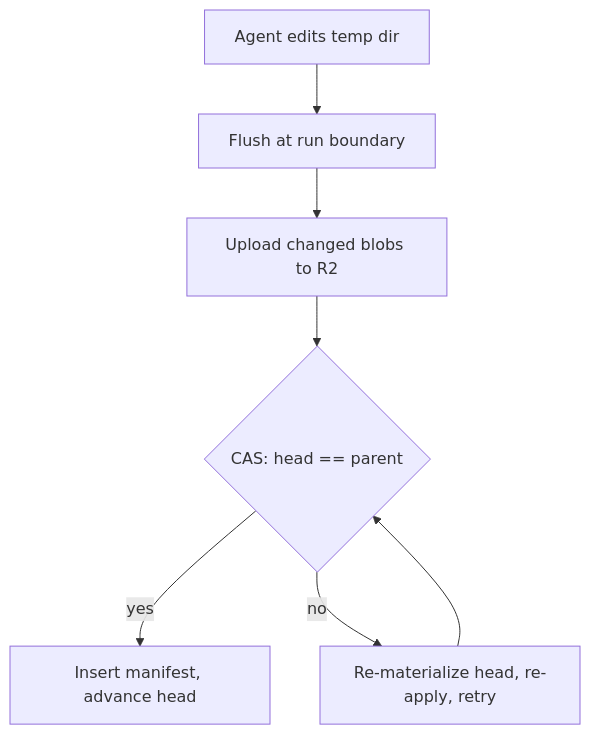
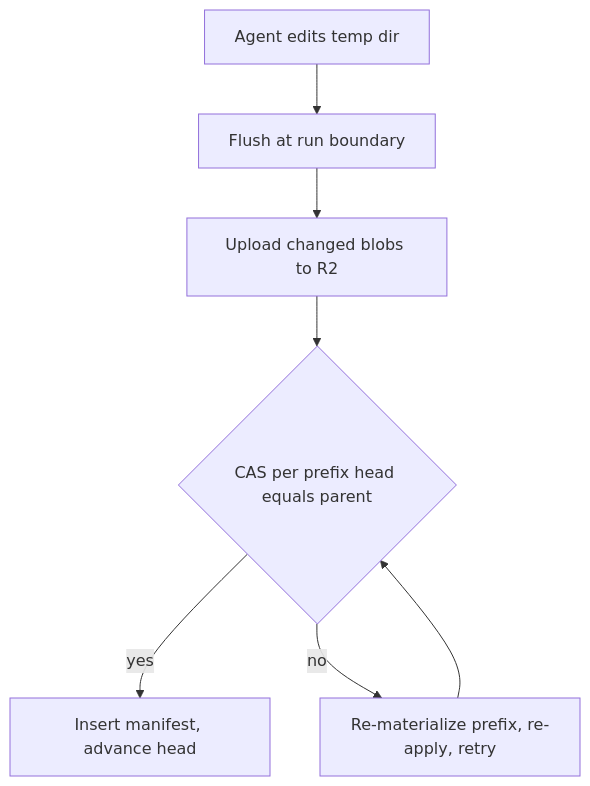
The diagram in docs/superpowers/plans/smartplans/phase-1b/plan-src/phase-1b-versioning.md (adambossy/transactoid), drawn with Mermaid before and after one commit. The commit also changed other lines of this file and 4 other files, not shown here.

````diff
--- a/docs/superpowers/plans/smartplans/phase-1b/plan-src/phase-1b-versioning.md
+++ b/docs/superpowers/plans/smartplans/phase-1b/plan-src/phase-1b-versioning.md
@@ -21,9 +21,9 @@
 ```mermaid
 flowchart TD
   edits[Agent edits temp dir] --> flush[Flush at run boundary]
   flush --> blobs[Upload changed blobs to R2]
-  blobs --> cas{CAS: head == parent}
+  blobs --> cas{CAS per prefix head equals parent}
   cas -- yes --> commit[Insert manifest, advance head]
-  cas -- no --> remat[Re-materialize head, re-apply, retry]
+  cas -- no --> remat[Re-materialize prefix, re-apply, retry]
   remat --> cas
 ```
````
